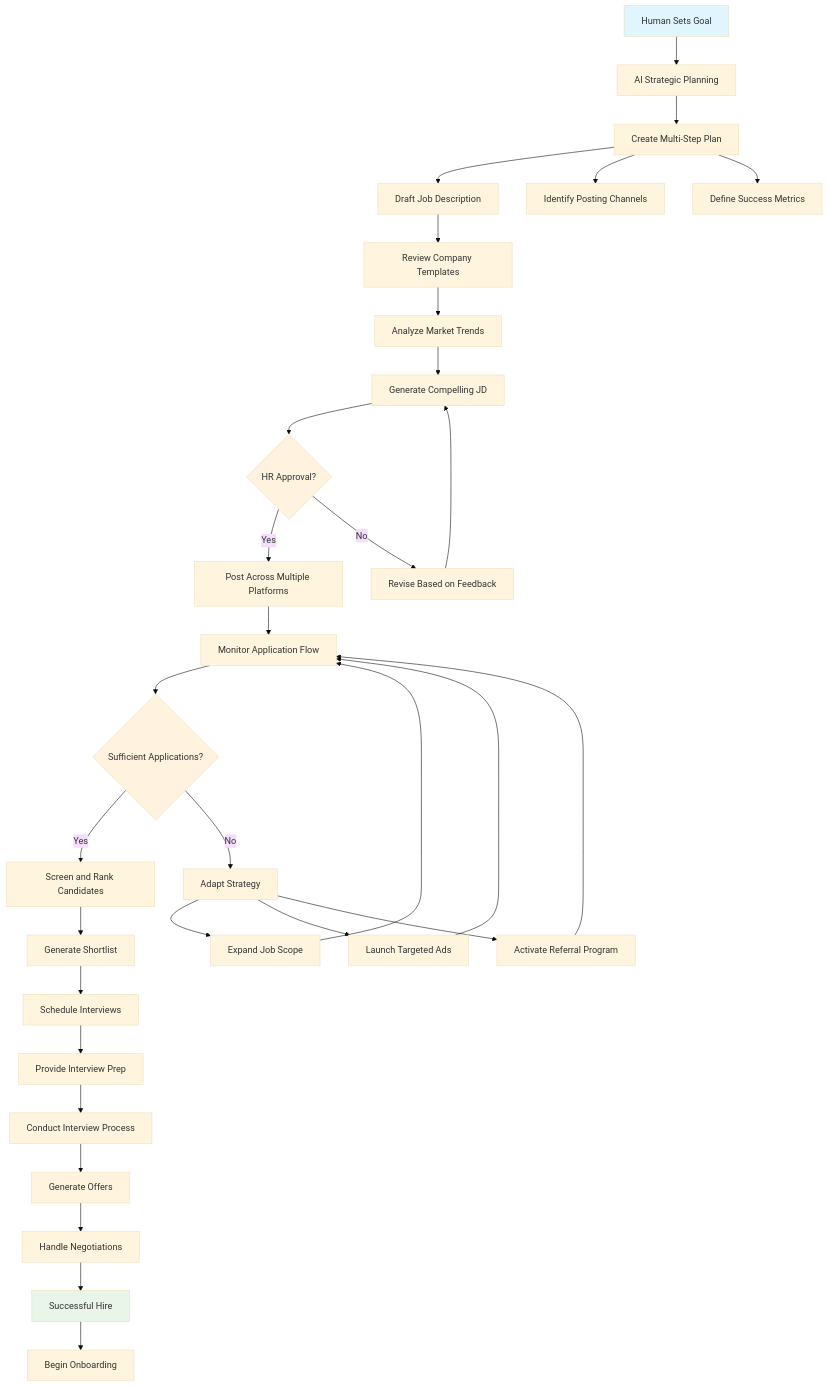
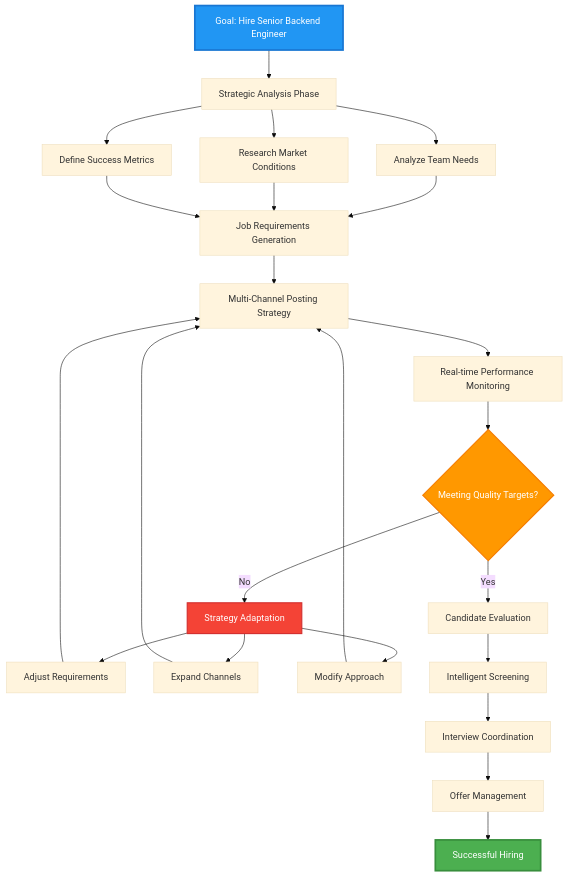
One commit to Sourabh-Kumar04/LangGraph changed the first of 4 diagrams in 02_agentic_ai.md. Above: the diagram before and after it, drawn with Mermaid (base theme). The commit also changed other lines of this file, not shown here.

Commit message:
✨ Added lecture-style notes on Introduction to Agentic AI with diagrams and workflow examples

````diff
--- a/02_agentic_ai.md
+++ b/02_agentic_ai.md
@@ -251,48 +82,37 @@
 ```mermaid
 graph TB
-    A[Human Sets Goal] --> B[AI Strategic Planning]
+    A["Goal: Hire Senior Backend Engineer"] --> B["Strategic Analysis Phase"]
     
-    B --> C[Create Multi-Step Plan]
-    C --> D[Draft Job Description]
-    C --> E[Identify Posting Channels]
-    C --> F[Define Success Metrics]
+    B --> C["Analyze Team Needs"]
+    B --> D["Research Market Conditions"] 
+    B --> E["Define Success Metrics"]
     
-    D --> G[Review Company Templates]
-    G --> H[Analyze Market Trends]
-    H --> I[Generate Compelling JD]
-    I --> J{HR Approval?}
+    C --> F["Job Requirements Generation"]
+    D --> F
+    E --> F
     
-    J -->|Yes| K[Post Across Multiple Platforms]
-    J -->|No| L[Revise Based on Feedback]
-    L --> I
+    F --> G["Multi-Channel Posting Strategy"]
+    G --> H["Real-time Performance Monitoring"]
     
-    K --> M[Monitor Application Flow]
-    M --> N{Sufficient Applications?}
+    H --> I{"Meeting Quality Targets?"}
+    I -->|"No"| J["Strategy Adaptation"]
+    I -->|"Yes"| K["Candidate Evaluation"]
     
-    N -->|Yes| O[Screen and Rank Candidates]
-    N -->|No| P[Adapt Strategy]
+    J --> L["Adjust Requirements"]
+    J --> M["Expand Channels"]
+    J --> N["Modify Approach"]
     
-    P --> Q[Expand Job Scope]
-    P --> R[Launch Targeted Ads]
-    P --> S[Activate Referral Program]
+    L --> G
+    M --> G
+    N --> G
     
-    Q --> M
-    R --> M
-    S --> M
+    K --> O["Intelligent Screening"]
+    O --> P["Interview Coordination"]
+    P --> Q["Offer Management"]
+    Q --> R["Successful Hiring"]
     
-    O --> T[Generate Shortlist]
-    T --> U[Schedule Interviews]
-    U --> V[Provide Interview Prep]
-    
-    V --> W[Conduct Interview Process]
-    W --> X[Generate Offers]
-    X --> Y[Handle Negotiations]
-    
-    Y --> Z[Successful Hire]
-    Z --> AA[Begin Onboarding]
-    
-    style A fill:#e1f5fe
-    style Z fill:#e8f5e8
-    style J fill:#fff3e0
-    style N fill:#fff3e0
+    style A fill:#2196f3,stroke:#1976d2,stroke-width:3px,color:#ffffff
+    style R fill:#4caf50,stroke:#388e3c,stroke-width:3px,color:#ffffff
+    style I fill:#ff9800,stroke:#f57c00,stroke-width:2px,color:#ffffff
+    style J fill:#f44336,stroke:#d32f2f,stroke-width:2px,color:#ffffff
 ```
````
